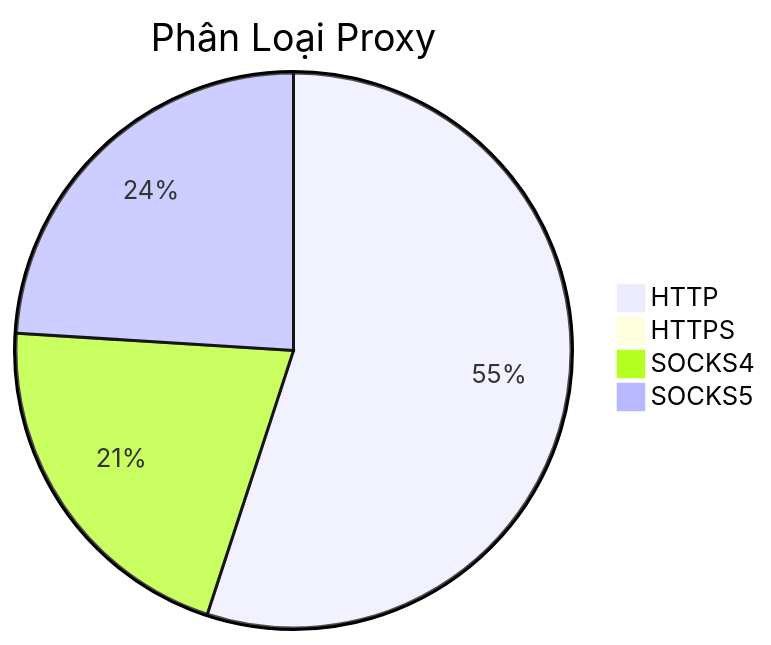
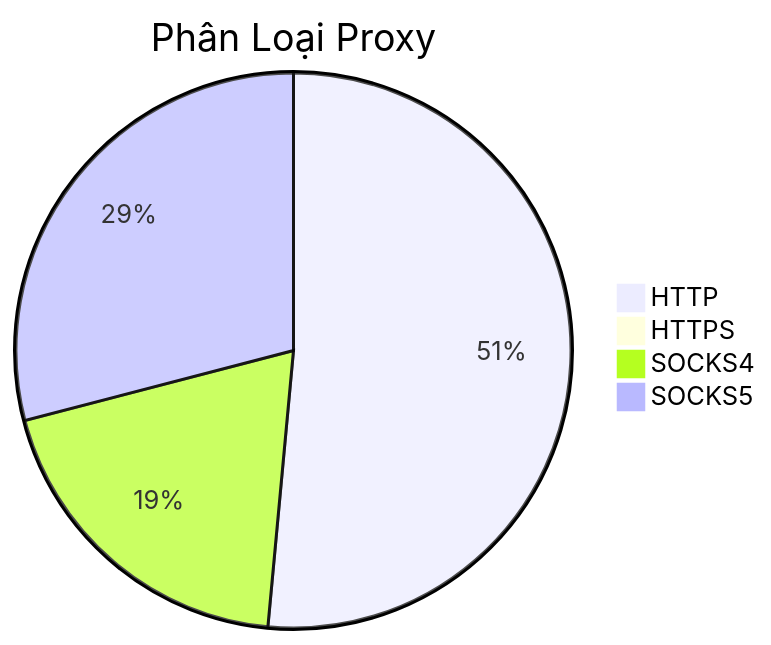
Before and after one commit to Ciara-12/PROXY-free: the diagram in README.md, drawn with Mermaid. The commit also changed other lines of this file and 4 other files, not shown here.

````diff
--- a/README.md
+++ b/README.md
@@ -26,7 +26,7 @@
 ```mermaid
 pie title Phân Loại Proxy
-    "HTTP" : 1160
-    "HTTPS" : 0
-    "SOCKS4" : 442
-    "SOCKS5" : 506
+    "HTTP" : 1084
+    "HTTPS" : 3
+    "SOCKS4" : 410
+    "SOCKS5" : 612
 ```
````
